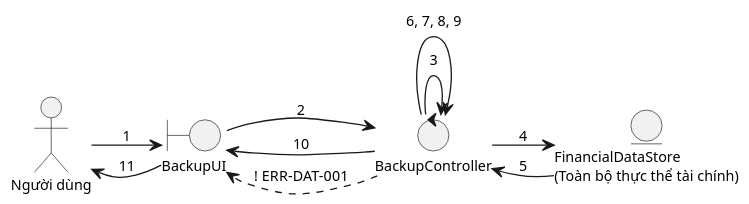
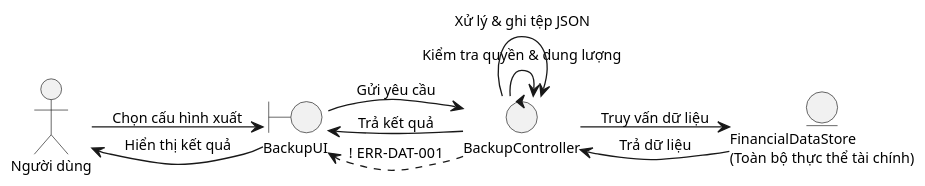
One commit to mynhleeh/pfms-oop changed the third of 3 diagrams in docs/object-oriented-analysis/06-so-do-robustness-va-the-crc.md. Above: the diagram before and after it, drawn with PlantUML. The commit also changed other lines of this file and 2 other files, not shown here.

Commit message:
docs(ooa): enhance data transformation specifications and robustness diagrams for category management operations

````diff
--- a/docs/object-oriented-analysis/06-so-do-robustness-va-the-crc.md
+++ b/docs/object-oriented-analysis/06-so-do-robustness-va-the-crc.md
@@ -226,26 +226,26 @@
 ```plantuml
 @startuml
 left to right direction
 skinparam defaultFontSize 11
-skinparam nodesep 30
-skinparam ranksep 40
+skinparam nodesep 20
+skinparam ranksep 30
 skinparam shadowing false
 scale 1.3
 
 actor "Người dùng" as user
 boundary "BackupUI" as view
 control "BackupController" as ctrl
 entity "FinancialDataStore\n(Toàn bộ thực thể tài chính)" as dataEnt
 
-user --> view : 1
-view --> ctrl : 2
-ctrl --> ctrl : 3
-ctrl --> dataEnt : 4
-dataEnt --> ctrl : 5
-ctrl --> ctrl : 6, 7, 8, 9
-ctrl --> view : 10
-view --> user : 11
+user --> view : Chọn cấu hình xuất
+view --> ctrl : Gửi yêu cầu
+ctrl --> ctrl : Kiểm tra quyền & dung lượng
+ctrl --> dataEnt : Truy vấn dữ liệu
+dataEnt --> ctrl : Trả dữ liệu
+ctrl --> ctrl : Xử lý & ghi tệp JSON
+ctrl --> view : Trả kết quả
+view --> user : Hiển thị kết quả
 
 ctrl ..> view : ! ERR-DAT-001
 @enduml
 ```
````
